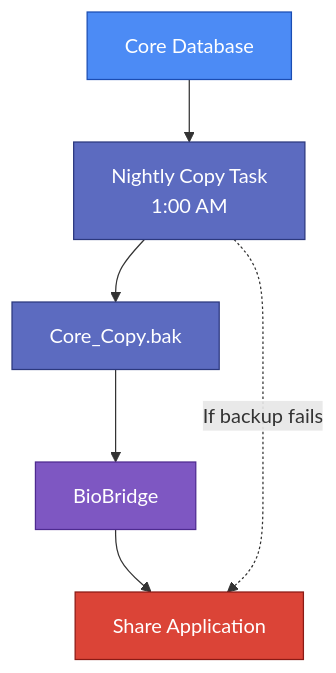
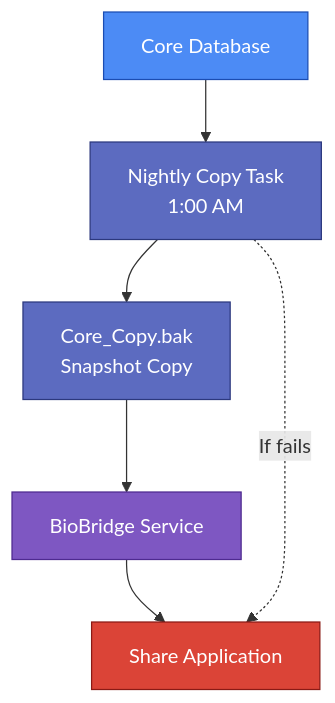
Before and after one commit to HashimZaffar/the-Practical-Test: the second of 2 diagrams in README.md, drawn with Mermaid. The commit also changed other lines of this file, not shown here.

````diff
--- a/README.md
+++ b/README.md
@@ -168,16 +147,18 @@
 ```mermaid
 flowchart TB
+    %% Styling
     classDef task fill:#5c6bc0,stroke:#2c387e,color:white
     classDef core fill:#4c8bf5,stroke:#1b4db3,color:white
     classDef bridge fill:#7e57c2,stroke:#4e2a90,color:white
     classDef share fill:#db4437,stroke:#8b1a15,color:white
 
     Core[Core Database]:::core
     Task[Nightly Copy Task<br/>1:00 AM]:::task
-    Backup[Core_Copy.bak]:::task
-    Bridge[BioBridge]:::bridge
-    ShareApp[Share Application]:::share
+    Backup[Core_Copy.bak<br/>Snapshot Copy]:::task
+    Bridge[BioBridge Service]:::bridge
+    Share[Share Application]:::share
 
-    Core --> Task --> Backup --> Bridge --> ShareApp
-    Task -.->|If backup fails| ShareApp
+    Core --> Task --> Backup --> Bridge --> Share
+
+    Task -.->|If fails| Share
 ```
````
